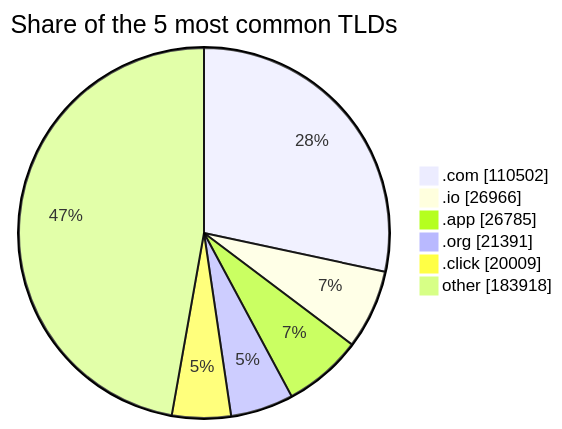
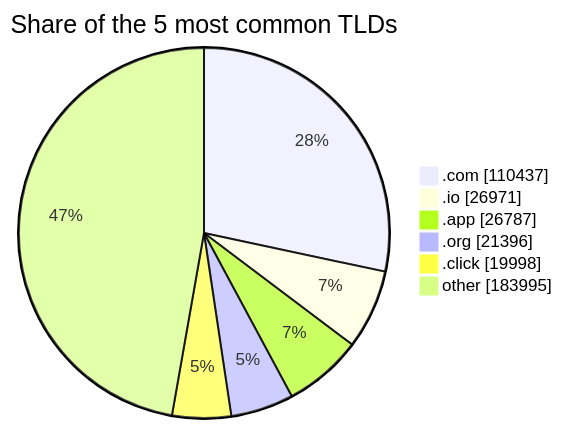
The third of 3 diagrams in README.md (DNSBunker/CTI), drawn with Mermaid before and after one commit. The commit also changed other lines of this file and 3 other files, not shown here.

````diff
--- a/README.md
+++ b/README.md
@@ -81,9 +81,9 @@
 ```mermaid
 pie showData title Share of the 5 most common TLDs
-    ".com" : 110502
-    ".io" : 26966
-    ".app" : 26785
-    ".org" : 21391
-    ".click" : 20009
-    "other" : 183918
+    ".com" : 110437
+    ".io" : 26971
+    ".app" : 26787
+    ".org" : 21396
+    ".click" : 19998
+    "other" : 183995
 ```
````
